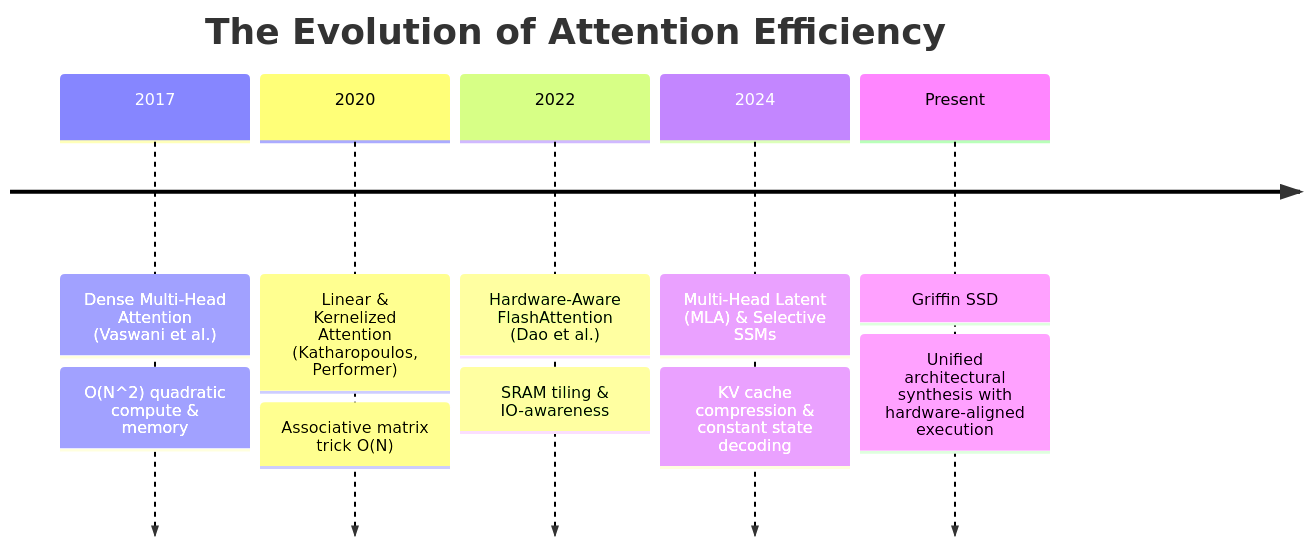
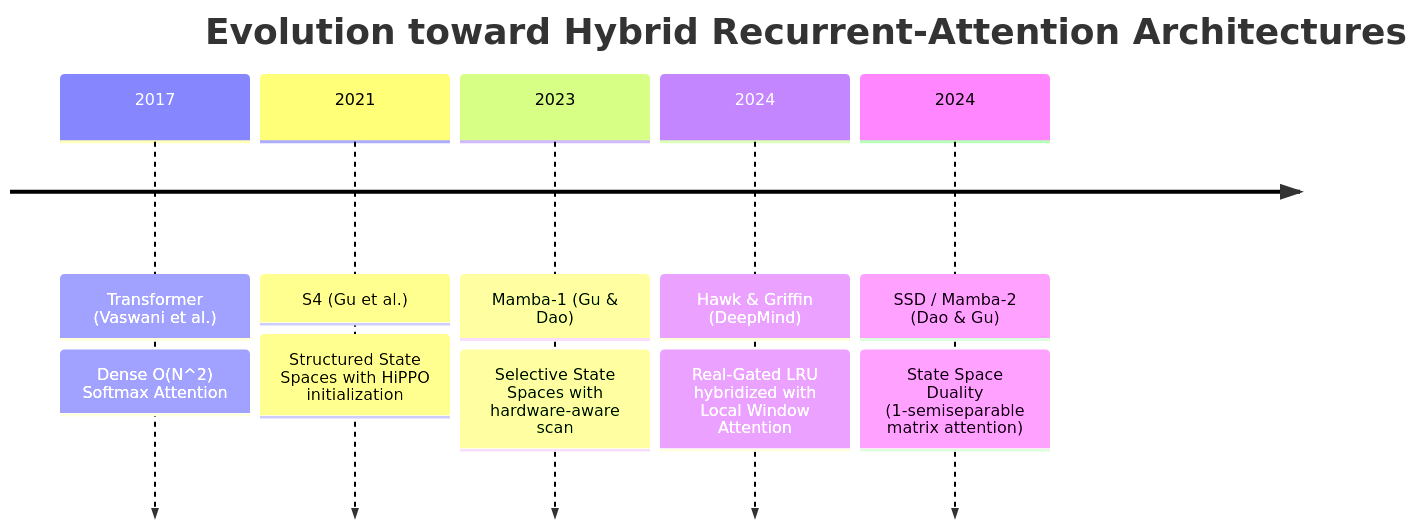
The first of 2 diagrams in Docs/content/attentions_blog/griffin_ssd_blog.md (tahamajs/NeuralOps), drawn with Mermaid before and after one commit. The commit also changed other lines of this file, not shown here.

First line of the commit message:
docs(blog): expand technical scope and depth for Griffin SSD analysis

````diff
--- a/Docs/content/attentions_blog/griffin_ssd_blog.md
+++ b/Docs/content/attentions_blog/griffin_ssd_blog.md
@@ -58,9 +76,9 @@
 ```mermaid
 timeline
-    title The Evolution of Attention Efficiency
-    2017 : Dense Multi-Head Attention (Vaswani et al.) : O(N^2) quadratic compute & memory
-    2020 : Linear & Kernelized Attention (Katharopoulos, Performer) : Associative matrix trick O(N)
-    2022 : Hardware-Aware FlashAttention (Dao et al.) : SRAM tiling & IO-awareness
-    2024 : Multi-Head Latent (MLA) & Selective SSMs : KV cache compression & constant state decoding
-    Present : Griffin SSD : Unified architectural synthesis with hardware-aligned execution
+    title Evolution toward Hybrid Recurrent-Attention Architectures
+    2017 : Transformer (Vaswani et al.) : Dense O(N^2) Softmax Attention
+    2021 : S4 (Gu et al.) : Structured State Spaces with HiPPO initialization
+    2023 : Mamba-1 (Gu & Dao) : Selective State Spaces with hardware-aware scan
+    2024 : Hawk & Griffin (DeepMind) : Real-Gated LRU hybridized with Local Window Attention
+    2024 : SSD / Mamba-2 (Dao & Gu) : State Space Duality (1-semiseparable matrix attention)
 ```
````
